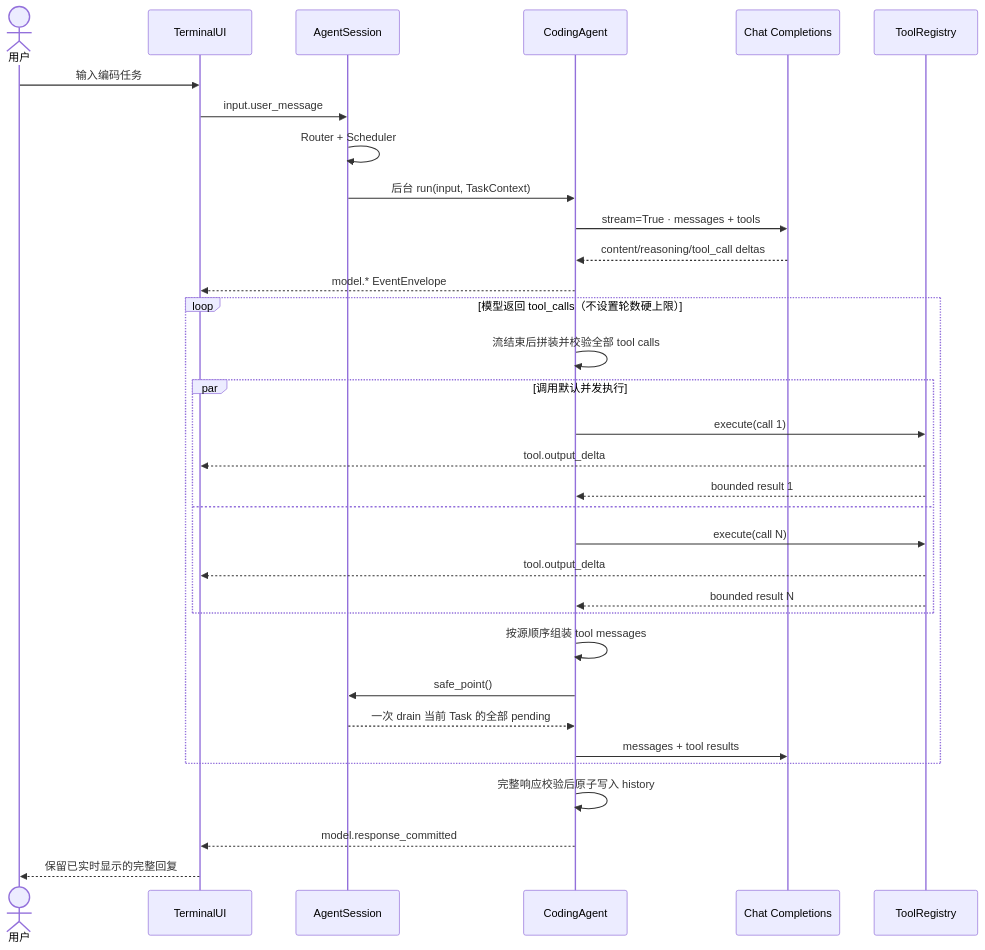
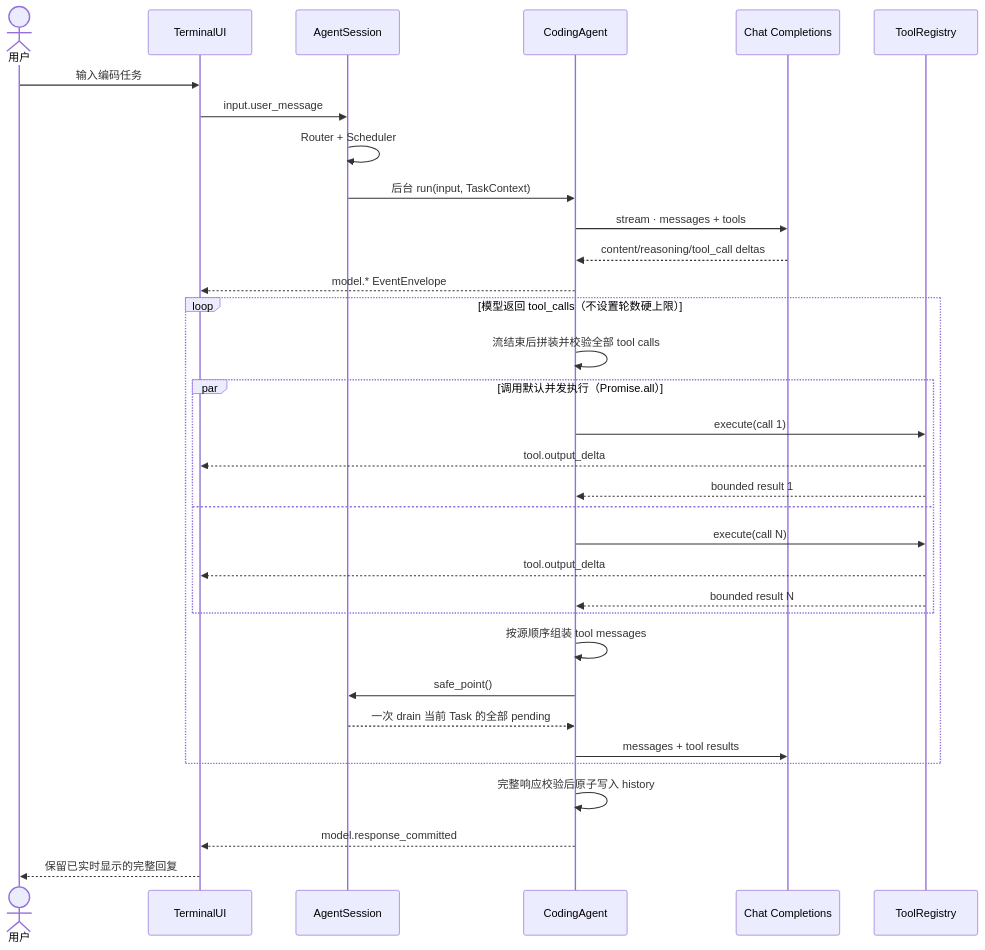
One commit to hxr223/laoHuangCode changed the second of 2 diagrams in docs/architecture.md. Above: the diagram before and after it, drawn with Mermaid. The commit also changed other lines of this file and 124 other files, not shown here.

````diff
--- a/docs/architecture.md
+++ b/docs/architecture.md
@@ -98,38 +111,38 @@
 ```mermaid
 sequenceDiagram
     actor User as 用户
     participant UI as TerminalUI
     participant Session as AgentSession
     participant Agent as CodingAgent
     participant API as Chat Completions
     participant Tools as ToolRegistry
 
     User->>UI: 输入编码任务
     UI->>Session: input.user_message
     Session->>Session: Router + Scheduler
     Session->>Agent: 后台 run(input, TaskContext)
-    Agent->>API: stream=True · messages + tools
+    Agent->>API: stream · messages + tools
     API-->>Agent: content/reasoning/tool_call deltas
     Agent-->>UI: model.* EventEnvelope
 
     loop 模型返回 tool_calls（不设置轮数硬上限）
         Agent->>Agent: 流结束后拼装并校验全部 tool calls
-        par 调用默认并发执行
+        par 调用默认并发执行（Promise.all）
             Agent->>Tools: execute(call 1)
             Tools-->>UI: tool.output_delta
             Tools-->>Agent: bounded result 1
         and
             Agent->>Tools: execute(call N)
             Tools-->>UI: tool.output_delta
             Tools-->>Agent: bounded result N
         end
         Agent->>Agent: 按源顺序组装 tool messages
         Agent->>Session: safe_point()
         Session-->>Agent: 一次 drain 当前 Task 的全部 pending
         Agent->>API: messages + tool results
     end
 
     Agent->>Agent: 完整响应校验后原子写入 history
     Agent-->>UI: model.response_committed
     UI-->>User: 保留已实时显示的完整回复
 ```
````
